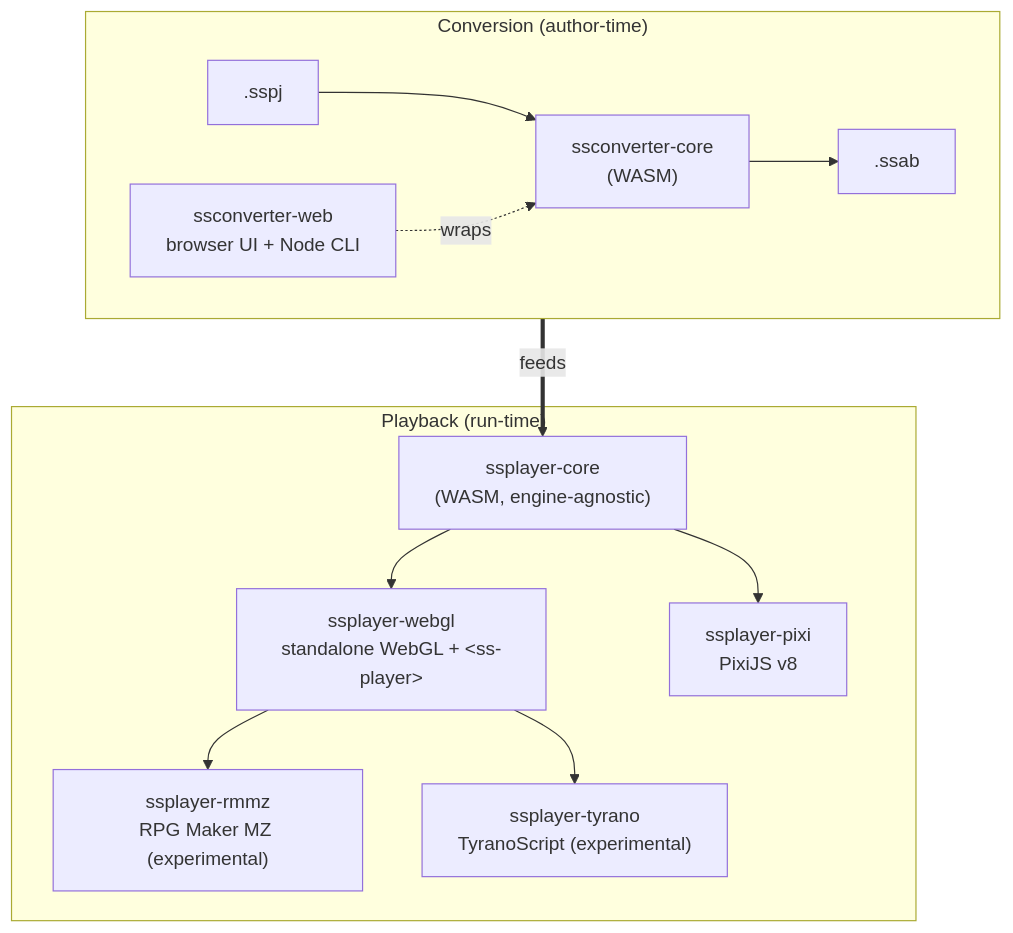
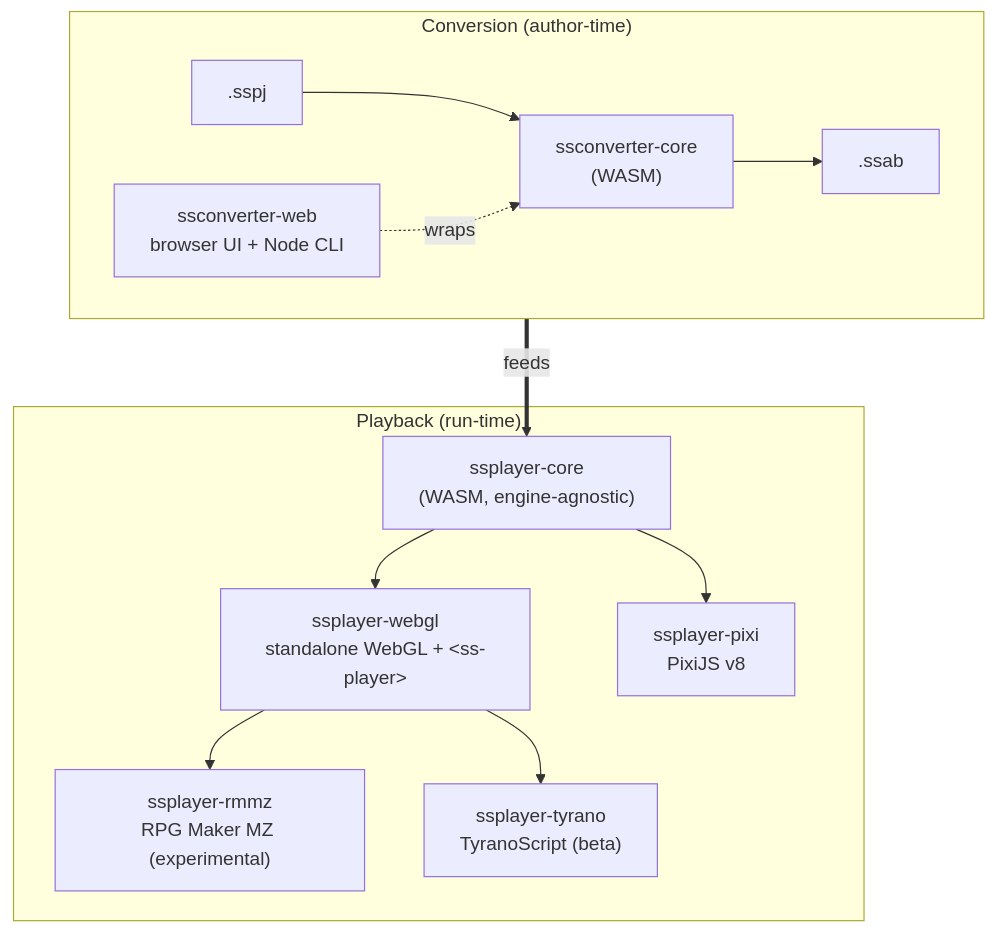
Before and after one commit to cri-middleware/SSPlayerForWeb: the diagram in README.md, drawn with Mermaid. The commit also changed other lines of this file and 9 other files, not shown here.

First line of the commit message:
chore(tyrano): promote ssplayer-tyrano from alpha to beta

````diff
--- a/README.md
+++ b/README.md
@@ -103,22 +103,22 @@
 ```mermaid
 flowchart TD
     subgraph conv ["Conversion (author-time)"]
         direction LR
         sspj[".sspj"] --> convcore["ssconverter-core<br/>(WASM)"] --> ssab[".ssab"]
         convweb["ssconverter-web<br/>browser UI + Node CLI"] -. wraps .-> convcore
     end
 
     subgraph play ["Playback (run-time)"]
         core["ssplayer-core<br/>(WASM, engine-agnostic)"]
         webgl["ssplayer-webgl<br/>standalone WebGL + &lt;ss-player&gt;"]
         pixi["ssplayer-pixi<br/>PixiJS v8"]
         rmmz["ssplayer-rmmz<br/>RPG Maker MZ (experimental)"]
-        tyrano["ssplayer-tyrano<br/>TyranoScript (experimental)"]
+        tyrano["ssplayer-tyrano<br/>TyranoScript (beta)"]
         core --> webgl
         core --> pixi
         webgl --> rmmz
         webgl --> tyrano
     end
 
     ssab ==>|feeds| core
 ```
````
